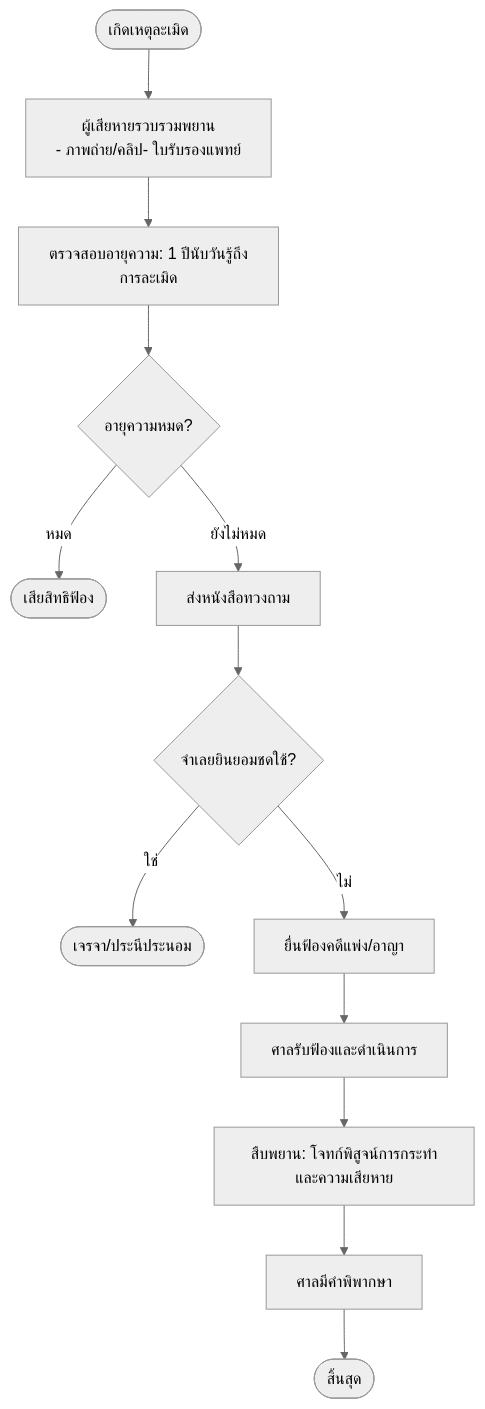
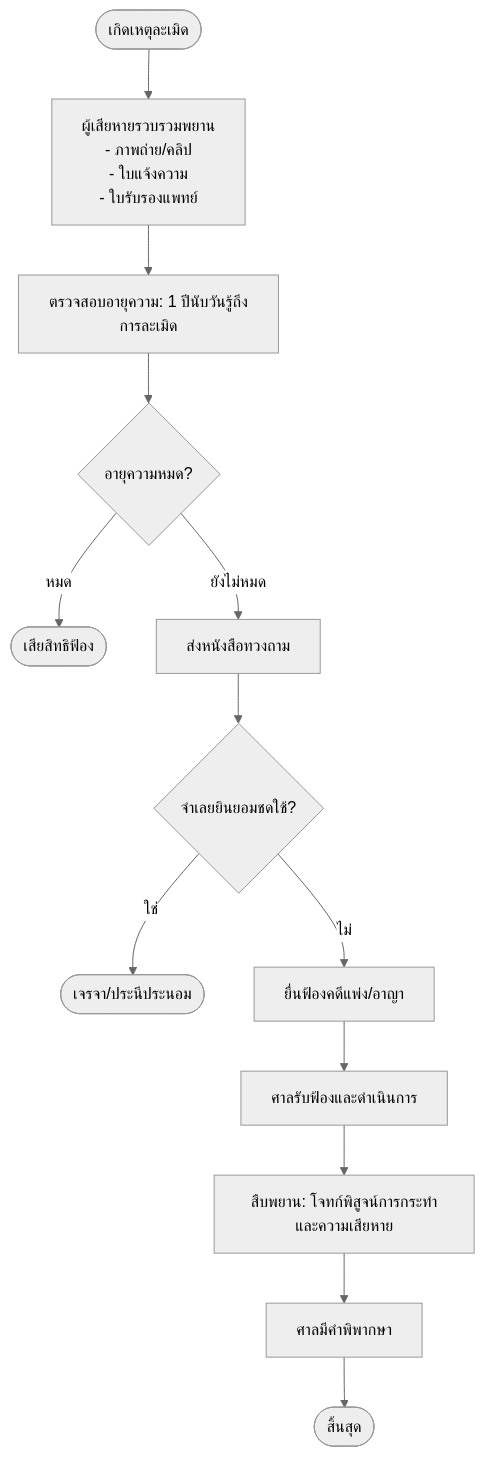
Before and after one commit to kongnakornna/gorestapi: the fifth of 7 diagrams in project_manamet/BCM/Lagalapp-part2.md, drawn with Mermaid (neutral theme). The commit also changed other lines of this file, not shown here.

````diff
--- a/project_manamet/BCM/Lagalapp-part2.md
+++ b/project_manamet/BCM/Lagalapp-part2.md
@@ -1874,15 +790,14 @@
 ```mermaid
 flowchart TB
-    Start([เกิดเหตุละเมิด]) --> Step1[ผู้เสียหายรวบรวมพยาน<br>- ภาพถ่าย/คลิป<br- ใบแจ้งความ<br>- ใบรับรองแพทย์]
+    Start([เกิดเหตุละเมิด]) --> Step1[ผู้เสียหายรวบรวมพยาน<br>- ภาพถ่าย/คลิป<br>- ใบแจ้งความ<br>- ใบรับรองแพทย์]
     Step1 --> Step2[ตรวจสอบอายุความ: 1 ปีนับวันรู้ถึงการละเมิด]
     Step2 --> Step3{อายุความหมด?}
     Step3 -->|หมด| End1([เสียสิทธิฟ้อง])
     Step3 -->|ยังไม่หมด| Step4[ส่งหนังสือทวงถาม]
     Step4 --> Step5{จำเลยยินยอมชดใช้?}
     Step5 -->|ใช่| End2([เจรจา/ประนีประนอม])
     Step5 -->|ไม่| Step6[ยื่นฟ้องคดีแพ่ง/อาญา]
     Step6 --> Step7[ศาลรับฟ้องและดำเนินการ]
     Step7 --> Step8[สืบพยาน: โจทก์พิสูจน์การกระทำและความเสียหาย]
-    Step8 --> Step9[ศาลมีคำพิพากษา]
-    Step9 --> End3([สิ้นสุด])
+    Step8 --> Step9[ศาลมีคำพิพากษา] --> End3([สิ้นสุด])
 ```
````
